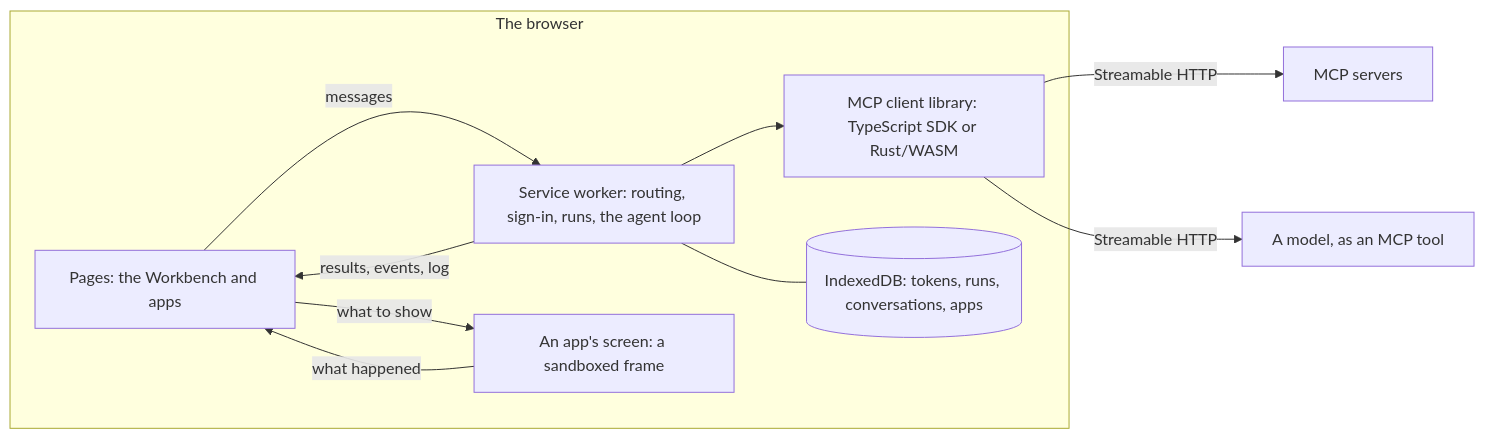
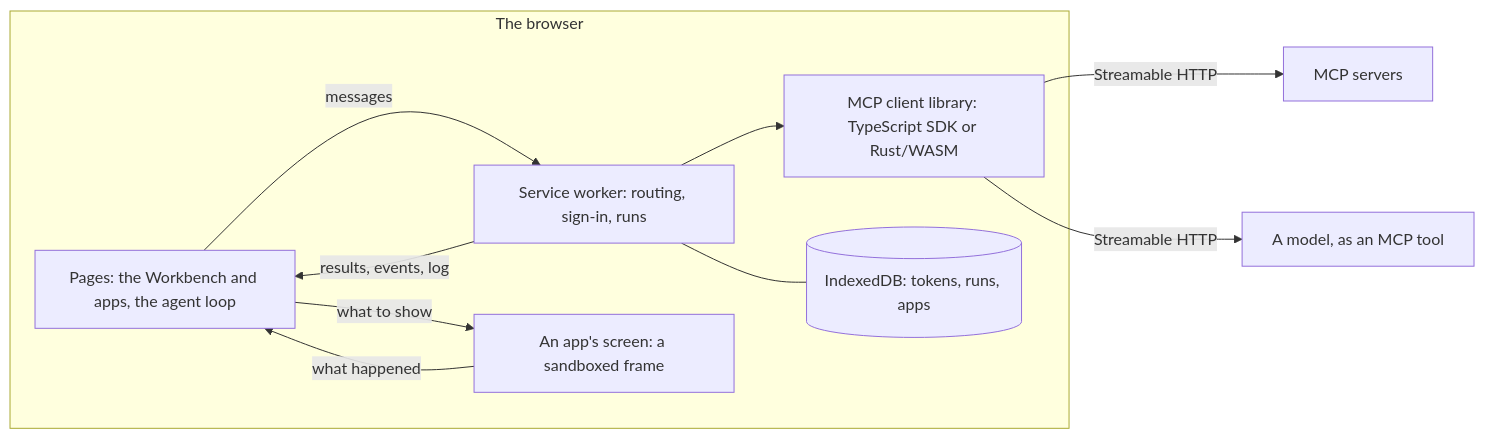
The diagram in README.md (patrick-glean/mcp-browswer-client), drawn with Mermaid before and after one commit. The commit also changed other lines of this file and 5 other files, not shown here.

````diff
--- a/README.md
+++ b/README.md
@@ -280,18 +283,18 @@
 ```mermaid
 flowchart LR
     subgraph browser [The browser]
-        Page["Pages: the Workbench and apps"]
-        SW["Service worker: routing, sign-in, runs, the agent loop"]
+        Page["Pages: the Workbench and apps, the agent loop"]
+        SW["Service worker: routing, sign-in, runs"]
         Lib["MCP client library: TypeScript SDK or Rust/WASM"]
-        DB[("IndexedDB: tokens, runs, conversations, apps")]
+        DB[("IndexedDB: tokens, runs, apps")]
         Screen["An app's screen: a sandboxed frame"]
     end
     Screen -- "what happened" --> Page
     Page -- "what to show" --> Screen
     Page -- "messages" --> SW
     SW -- "results, events, log" --> Page
     SW --> Lib
     SW --- DB
     Lib -- "Streamable HTTP" --> Servers["MCP servers"]
     Lib -- "Streamable HTTP" --> Model["A model, as an MCP tool"]
 ```
````
